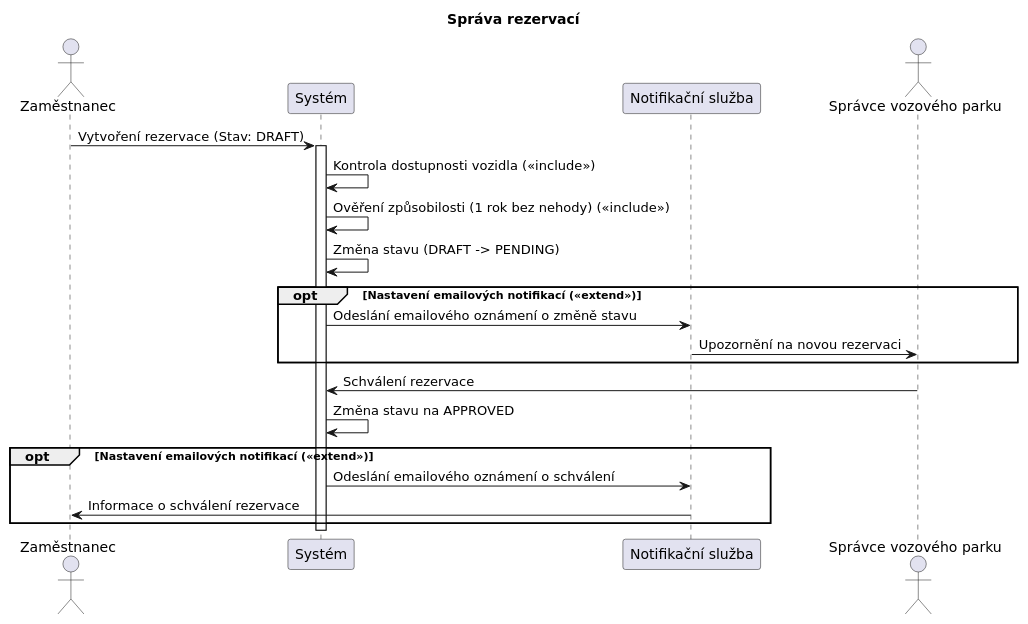
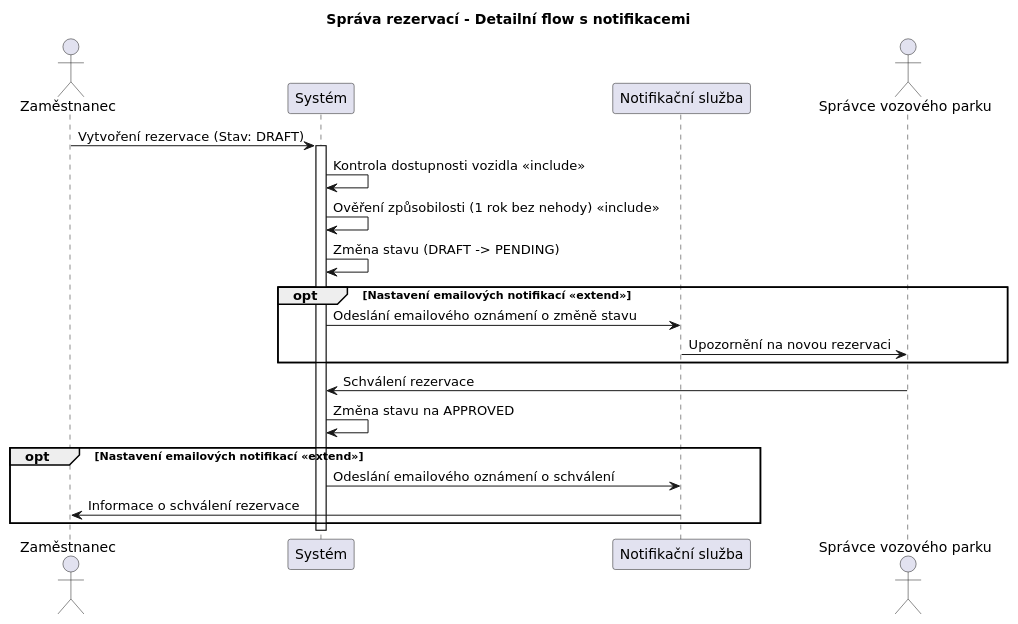
The diagram in diagrams/sekvencni/Sekvencni_SpravaRezervaciDetailniFlowSNotifikacemi.puml (Sosto1/Car-side), drawn with PlantUML before and after one commit. The commit also changed other lines of this file and 17 other files, not shown here.

```diff
--- a/diagrams/sekvencni/Sekvencni_SpravaRezervaciDetailniFlowSNotifikacemi.puml
+++ b/diagrams/sekvencni/Sekvencni_SpravaRezervaciDetailniFlowSNotifikacemi.puml
@@ -1,29 +1,93 @@
 @startuml
 skinparam defaultFontName "DejaVu Sans"
-title Správa rezervací
+
+' ============================================================
+' Diagram: Sprava rezervaci (Detailni flow s notifikacemi)
+' ============================================================
+' Ucel:
+'   Detailni rezervacni process zahrnujici stavovy automat
+'   rezervace (DRAFT -> PENDING -> APPROVED) a emailove
+'   notifikace jako volitelne rozsireni (<<extend>>).
+'
+' Akteri:
+'   - Zamestnanec: vytvori rezervaci, prijima potvrzeni emailem
+'   - System: riadi stavovy automat rezervace, orchestruje notifikace
+'   - Notifikacni sluzba (externi hranice): odesila emaily
+'   - Spravce vozoveho parku: schvaluje rezervaci
+'
+' Hlavni tok:
+'   1. Zamestnanec vytvori rezervaci (vychozi stav: DRAFT).
+'   2. System zkontroluje dostupnost vozidla <<include>>
+'      – kontrola casoveho prekryvu aktivnich rezervaci.
+'   3. System overi zpusobilost uzivatele <<include>>
+'      – napr. 1 rok bez nehody, platnost ridicakskeho opravneni.
+'   4. System zmeni stav rezervace: DRAFT -> PENDING.
+'   5. [Volitelne <<extend>>] System odesle pres Notifikacni sluzbu
+'      emailove upozorneni Spravci vozoveho parku o nove rezervaci.
+'   6. Spravce schvali rezervaci.
+'   7. System zmeni stav rezervace na APPROVED.
+'   8. [Volitelne <<extend>>] System odesle pres Notifikacni sluzbu
+'      informacni email Zamestnanci o schvaleni rezervace.
+'
+' Stavovy automat rezervace:
+'   DRAFT -> PENDING -> APPROVED
+'                    -> REJECTED (v pripade zamitinuti spravcem)
+' ============================================================
+
+title Správa rezervací – Detailní flow s notifikacemi
 
 actor "Zaměstnanec" as Emp
 participant "Systém" as Sys
 participant "Notifikační služba" as Mail
 actor "Správce vozového parku" as Manager
 
+' KROK 1: Zamestnanec vytvori rezervaci – vychozi stav je DRAFT
 Emp -> Sys: Vytvoření rezervace (Stav: DRAFT)
 activate Sys
-Sys -> Sys: Kontrola dostupnosti vozidla (<<include>>)
-Sys -> Sys: Ověření způsobilosti (1 rok bez nehody) (<<include>>)
+
+' KROK 2 (<<include>>): Povinne overeni dostupnosti vozidla
+'   – System kontroluje, zda se nezadany termin neprekryva
+'     s jinou aktivni rezervaci stejneho vozidla.
+Sys -> Sys: Kontrola dostupnosti vozidla <<include>>
+
+' KROK 3 (<<include>>): Povinne overeni zpusobilosti uzivatele
+'   – napr. pravidlo "1 rok bez nehody", platny ridicaksky prukaz,
+'     priznak canDrive == true
+Sys -> Sys: Ověření způsobilosti (1 rok bez nehody) <<include>>
+
+' KROK 4: System provede prechod stavu: DRAFT -> PENDING
 Sys -> Sys: Změna stavu (DRAFT -> PENDING)
 
-opt Nastavení emailových notifikací (<<extend>>)
+' KROK 5 (<<extend>>): Volitelna emailova notifikace spravce
+'   – odesle se pouze pokud je notifikacni sluzba nakonfigurovana
+opt Nastavení emailových notifikací <<extend>>
+
+    ' System pozada notifikacni sluzbu o odeslani emailu spravci
     Sys -> Mail: Odeslání emailového oznámení o změně stavu
+
+    ' Notifikacni sluzba dorucí email spravci s informaci o cekajici rezervaci
     Mail -> Manager: Upozornění na novou rezervaci
+
 end
 
+' KROK 6: Spravce manualne schvali rezervaci po posouzeni zadosti
 Manager -> Sys: Schválení rezervace
+
+' KROK 7: System provede prechod stavu: PENDING -> APPROVED
 Sys -> Sys: Změna stavu na APPROVED
 
-opt Nastavení emailových notifikací (<<extend>>)
+' KROK 8 (<<extend>>): Volitelna emailova notifikace zamestnance
+'   – odesle se pouze pokud je notifikacni sluzba nakonfigurovana
+opt Nastavení emailových notifikací <<extend>>
+
+    ' System pozada notifikacni sluzbu o odeslani emailu zamestnanci
     Sys -> Mail: Odeslání emailového oznámení o schválení
+
+    ' Notifikacni sluzba dorucí zamestanci informaci o schvaleni rezervace
     Mail -> Emp: Informace o schválení rezervace
+
 end
+
 deactivate Sys
+
 @enduml
```
